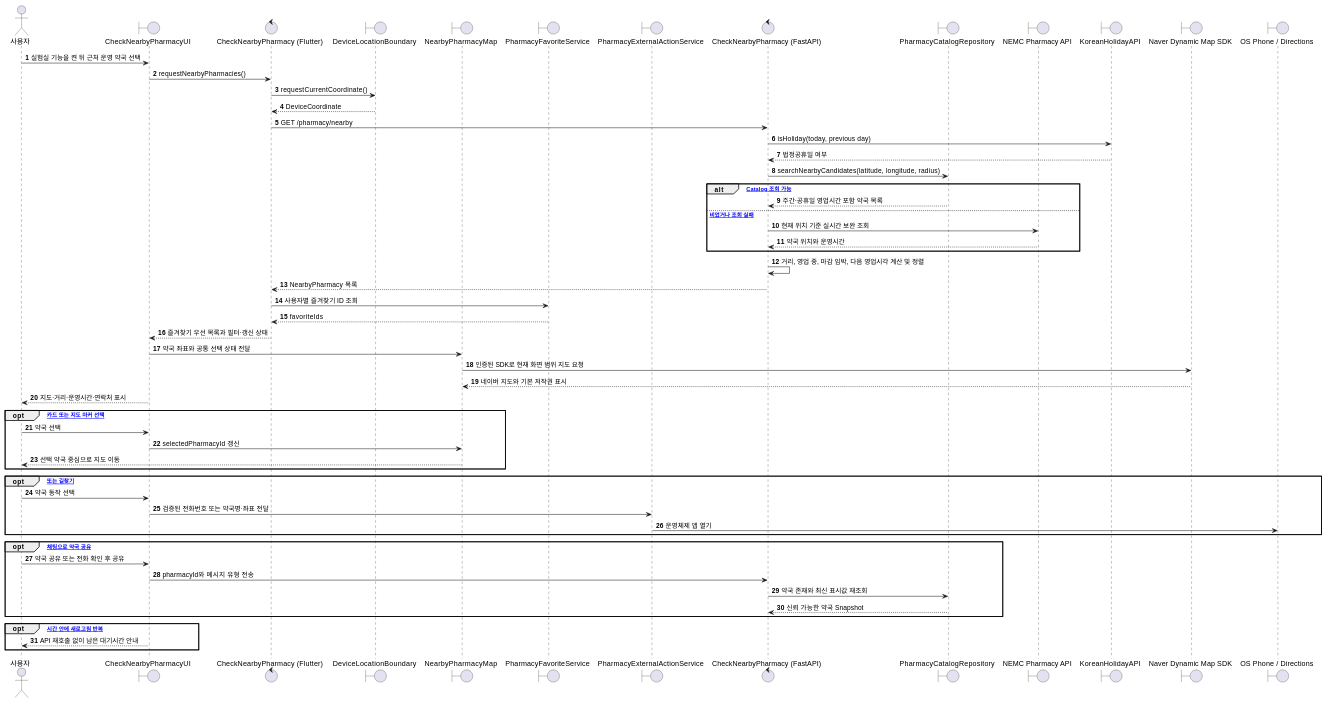
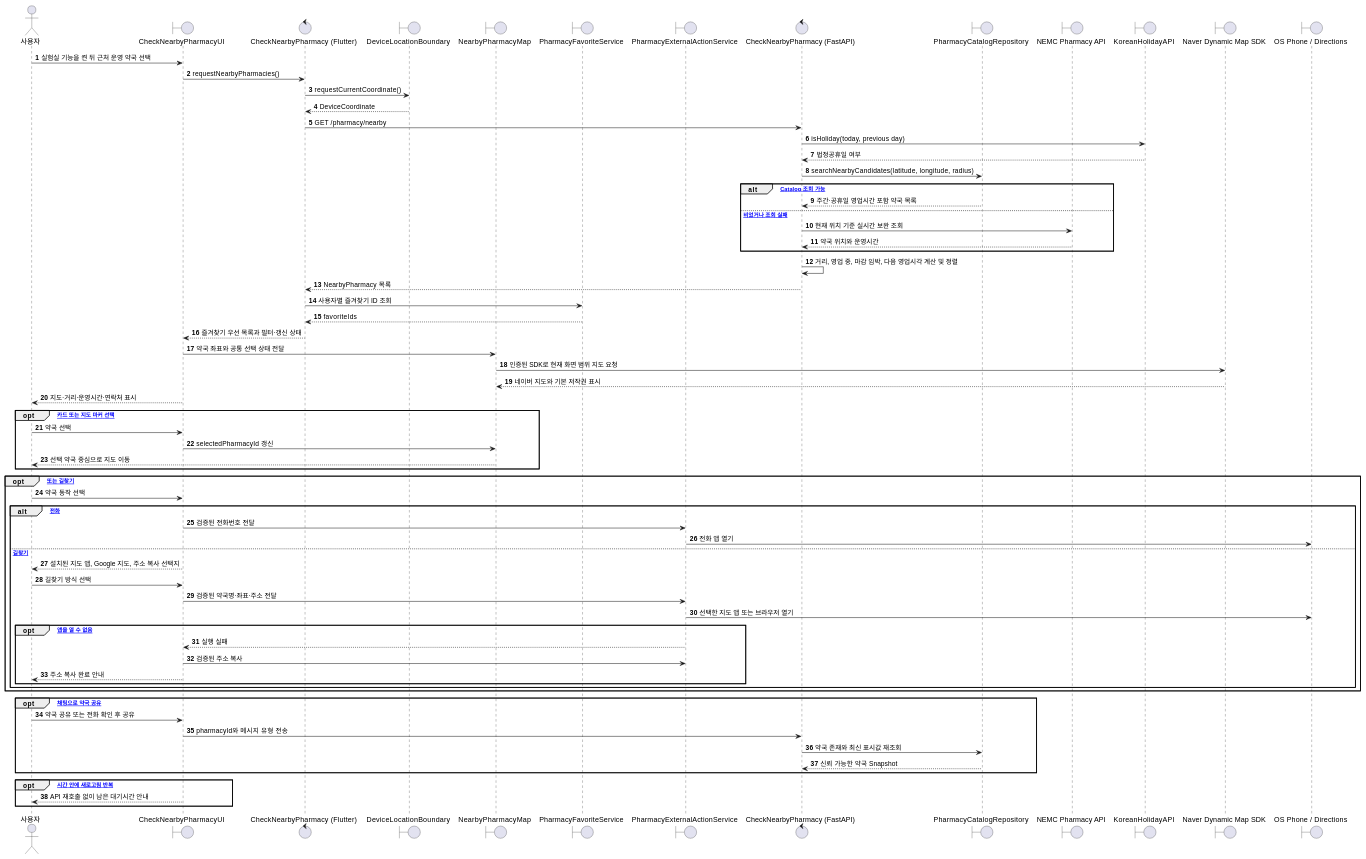
Before and after one commit to 1window2/MedBuddy: the ninth of 10 diagrams in docs/MedBuddy - Sequence Diagrams.md, drawn with PlantUML. The commit also changed other lines of this file and 5 other files, not shown here.

````diff
--- a/docs/MedBuddy - Sequence Diagrams.md
+++ b/docs/MedBuddy - Sequence Diagrams.md
@@ -1094,61 +1106,73 @@
 ```plantuml
 @startuml SD09_Nearby_Pharmacy
 autonumber
 actor "사용자" as User
 boundary "CheckNearbyPharmacyUI" as UI
 control "CheckNearbyPharmacy (Flutter)" as FE
 boundary "DeviceLocationBoundary" as Location
 boundary "NearbyPharmacyMap" as Map
 boundary "PharmacyFavoriteService" as Favorite
 boundary "PharmacyExternalActionService" as ExternalAction
 control "CheckNearbyPharmacy (FastAPI)" as BE
 boundary "PharmacyCatalogRepository" as Catalog
 boundary "NEMC Pharmacy API" as PharmacyAPI
 boundary "KoreanHolidayAPI" as HolidayAPI
 boundary "Naver Dynamic Map SDK" as NaverMap
 boundary "OS Phone / Directions" as ExternalApp
 
 User -> UI : 실험실 기능을 켠 뒤 근처 운영 약국 선택
 UI -> FE : requestNearbyPharmacies()
 FE -> Location : requestCurrentCoordinate()
 Location --> FE : DeviceCoordinate
 FE -> BE : GET /pharmacy/nearby
 BE -> HolidayAPI : isHoliday(today, previous day)
 HolidayAPI --> BE : 법정공휴일 여부
 BE -> Catalog : searchNearbyCandidates(latitude, longitude, radius)
 alt [지역 Catalog 조회 가능]
   Catalog --> BE : 주간·공휴일 영업시간 포함 약국 목록
 else [Catalog가 비었거나 조회 실패]
   BE -> PharmacyAPI : 현재 위치 기준 실시간 보완 조회
   PharmacyAPI --> BE : 약국 위치와 운영시간
 end
 BE -> BE : 거리, 영업 중, 마감 임박, 다음 영업시각 계산 및 정렬
 BE --> FE : NearbyPharmacy 목록
 FE -> Favorite : 사용자별 즐겨찾기 ID 조회
 Favorite --> FE : favoriteIds
 FE --> UI : 즐겨찾기 우선 목록과 필터·갱신 상태
 UI -> Map : 약국 좌표와 공통 선택 상태 전달
 Map -> NaverMap : 인증된 SDK로 현재 화면 범위 지도 요청
 NaverMap --> Map : 네이버 지도와 기본 저작권 표시
 UI --> User : 지도·거리·운영시간·연락처 표시
 opt [약국 카드 또는 지도 마커 선택]
   User -> UI : 약국 선택
   UI -> Map : selectedPharmacyId 갱신
   Map --> User : 선택 약국 중심으로 지도 이동
 end
 opt [전화 또는 길찾기]
   User -> UI : 약국 동작 선택
-  UI -> ExternalAction : 검증된 전화번호 또는 약국명·좌표 전달
-  ExternalAction -> ExternalApp : 운영체제 앱 열기
+  alt [전화]
+    UI -> ExternalAction : 검증된 전화번호 전달
+    ExternalAction -> ExternalApp : 전화 앱 열기
+  else [길찾기]
+    UI --> User : 설치된 지도 앱, Google 지도, 주소 복사 선택지
+    User -> UI : 길찾기 방식 선택
+    UI -> ExternalAction : 검증된 약국명·좌표·주소 전달
+    ExternalAction -> ExternalApp : 선택한 지도 앱 또는 브라우저 열기
+    opt [외부 앱을 열 수 없음]
+      ExternalAction --> UI : 실행 실패
+      UI -> ExternalAction : 검증된 주소 복사
+      UI --> User : 주소 복사 완료 안내
+    end
+  end
 end
 opt [연동 채팅으로 약국 공유]
   User -> UI : 약국 공유 또는 전화 확인 후 공유
   UI -> BE : pharmacyId와 메시지 유형 전송
   BE -> Catalog : 약국 존재와 최신 표시값 재조회
   Catalog --> BE : 신뢰 가능한 약국 Snapshot
 end
 opt [짧은 시간 안에 새로고침 반복]
   UI --> User : API 재호출 없이 남은 대기시간 안내
 end
 @enduml
 ```
````
